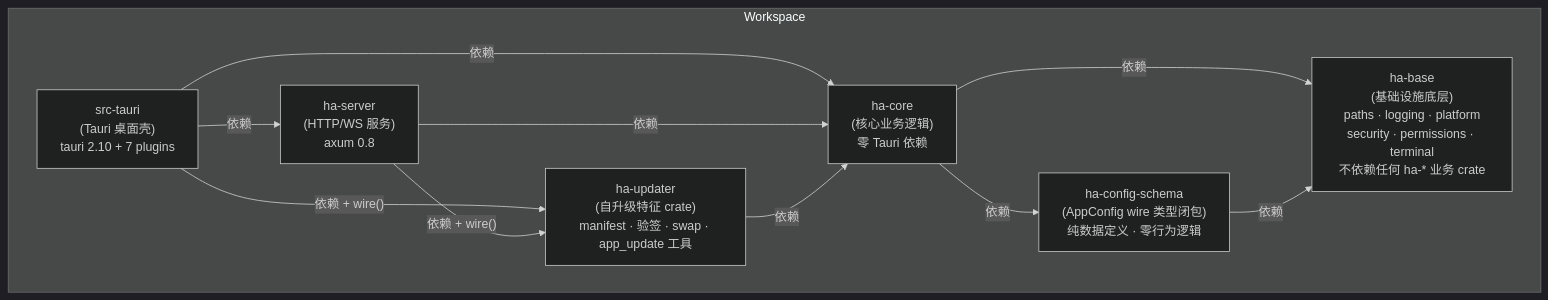
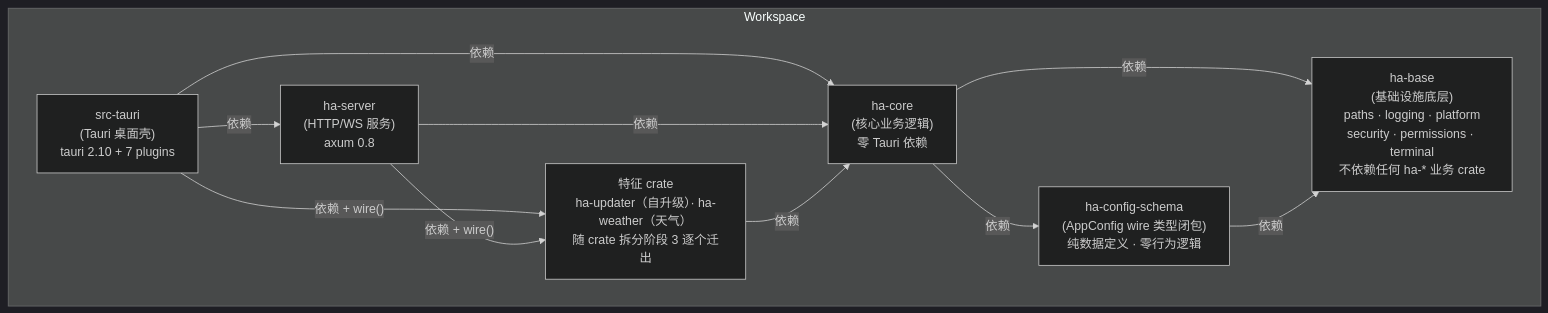
Before and after one commit to shiwenwen/hope-agent: the first of 6 diagrams in docs/architecture/backend-separation.md, drawn with Mermaid (dark theme). The commit also changed other lines of this file and 39 other files, not shown here.

First line of the commit message:
refactor(weather): 阶段 3 第二刀——天气迁出为特征 crate ha-weather

````diff
--- a/docs/architecture/backend-separation.md
+++ b/docs/architecture/backend-separation.md
@@ -15,22 +15,22 @@
 ```mermaid
 graph TD
     subgraph Workspace
         HA_TAURI["src-tauri<br/>(Tauri 桌面壳)<br/>tauri 2.10 + 7 plugins"]
         HA_SERVER["ha-server<br/>(HTTP/WS 服务)<br/>axum 0.8"]
-        HA_UPDATER["ha-updater<br/>(自升级特征 crate)<br/>manifest · 验签 · swap · app_update 工具"]
+        HA_FEAT["特征 crate<br/>ha-updater（自升级）· ha-weather（天气）<br/>随 crate 拆分阶段 3 逐个迁出"]
         HA_CORE["ha-core<br/>(核心业务逻辑)<br/>零 Tauri 依赖"]
         HA_SCHEMA["ha-config-schema<br/>(AppConfig wire 类型闭包)<br/>纯数据定义 · 零行为逻辑"]
         HA_BASE["ha-base<br/>(基础设施底层)<br/>paths · logging · platform<br/>security · permissions · terminal<br/>不依赖任何 ha-* 业务 crate"]
     end
 
     HA_TAURI -->|"依赖"| HA_SERVER
-    HA_TAURI -->|"依赖 + wire()"| HA_UPDATER
+    HA_TAURI -->|"依赖 + wire()"| HA_FEAT
     HA_TAURI -->|"依赖"| HA_CORE
-    HA_SERVER -->|"依赖 + wire()"| HA_UPDATER
+    HA_SERVER -->|"依赖 + wire()"| HA_FEAT
     HA_SERVER -->|"依赖"| HA_CORE
-    HA_UPDATER -->|"依赖"| HA_CORE
+    HA_FEAT -->|"依赖"| HA_CORE
     HA_CORE -->|"依赖"| HA_SCHEMA
     HA_CORE -->|"依赖"| HA_BASE
     HA_SCHEMA -->|"依赖"| HA_BASE
 
 ```
````
